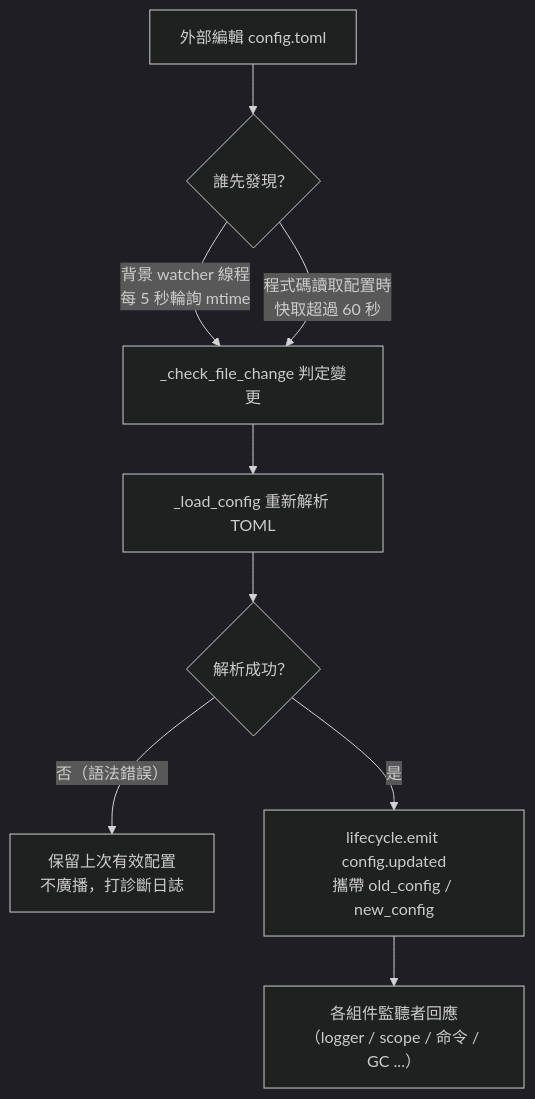
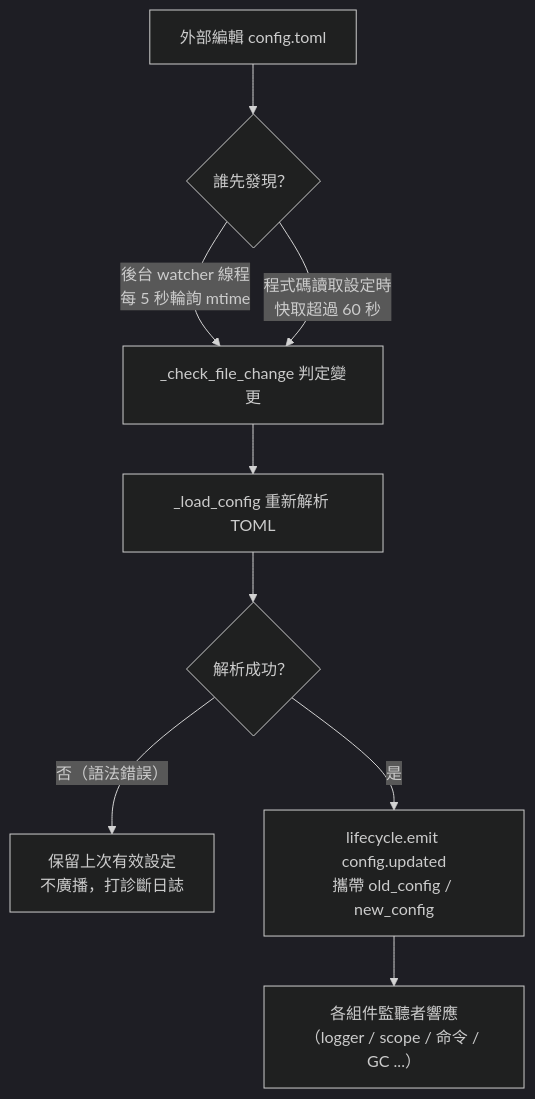
One commit to ErisPulse/ErisPulse changed the diagram in docs/zh-TW/user-guide/configuration.md. Above: the diagram before and after it, drawn with Mermaid (dark theme). The commit also changed other lines of this file and 299 other files, not shown here.

````diff
--- a/docs/zh-TW/user-guide/configuration.md
+++ b/docs/zh-TW/user-guide/configuration.md
@@ -97,11 +89,11 @@
 ```mermaid
 flowchart TD
     A["外部編輯 config.toml"] --> B{"誰先發現？"}
-    B -->|"背景 watcher 線程<br/>每 5 秒輪詢 mtime"| C["_check_file_change 判定變更"]
-    B -->|"程式碼讀取配置時<br/>快取超過 60 秒"| C
+    B -->|"後台 watcher 線程<br/>每 5 秒輪詢 mtime"| C["_check_file_change 判定變更"]
+    B -->|"程式碼讀取設定時<br/>快取超過 60 秒"| C
     C --> D["_load_config 重新解析 TOML"]
     D --> E{"解析成功？"}
-    E -->|"否（語法錯誤）"| F["保留上次有效配置<br/>不廣播，打診斷日誌"]
+    E -->|"否（語法錯誤）"| F["保留上次有效設定<br/>不廣播，打診斷日誌"]
     E -->|"是"| G["lifecycle.emit config.updated<br/>攜帶 old_config / new_config"]
-    G --> H["各組件監聽者回應<br/>（logger / scope / 命令 / GC ...）"]
+    G --> H["各組件監聽者響應<br/>（logger / scope / 命令 / GC ...）"]
 ```
````
